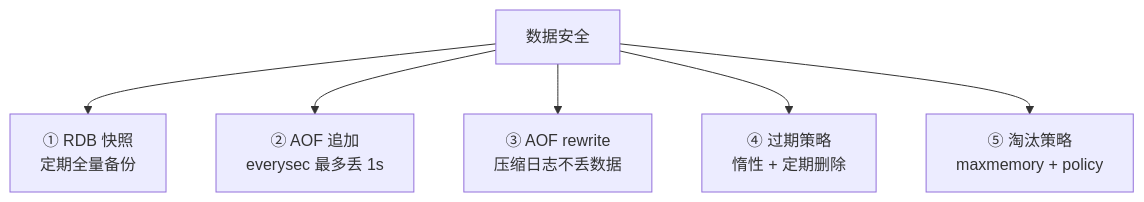
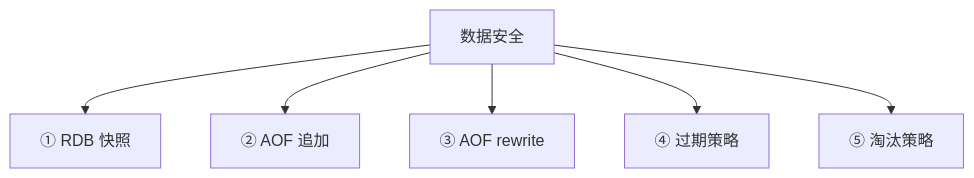
Before and after one commit to ml-cuizijun/LearnToLilith: the ninth of 10 diagrams in 02-中间件与数据库/02-Redis/02-持久化与内存管理/知识点.md, drawn with Mermaid. The commit also changed other lines of this file and 178 other files, not shown here.

````diff
--- a/02-中间件与数据库/02-Redis/02-持久化与内存管理/知识点.md
+++ b/02-中间件与数据库/02-Redis/02-持久化与内存管理/知识点.md
@@ -524,8 +537,8 @@
 ```mermaid
 flowchart TB
-    S["数据安全"] --> D1["① RDB 快照<br/>定期全量备份"]
-    S --> D2["② AOF 追加<br/>everysec 最多丢 1s"]
-    S --> D3["③ AOF rewrite<br/>压缩日志不丢数据"]
-    S --> D4["④ 过期策略<br/>惰性 + 定期删除"]
-    S --> D5["⑤ 淘汰策略<br/>maxmemory + policy"]
+    S["数据安全"] --> D1["① RDB 快照"]
+    S --> D2["② AOF 追加"]
+    S --> D3["③ AOF rewrite"]
+    S --> D4["④ 过期策略"]
+    S --> D5["⑤ 淘汰策略"]
 ```
````
